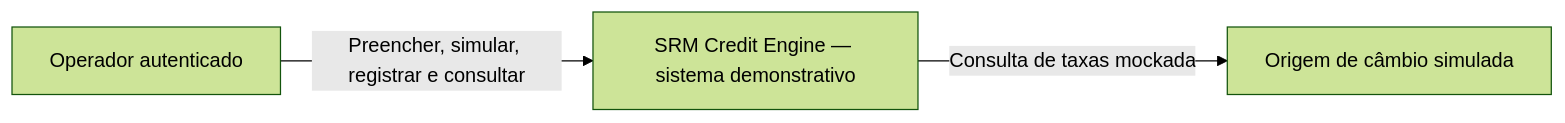
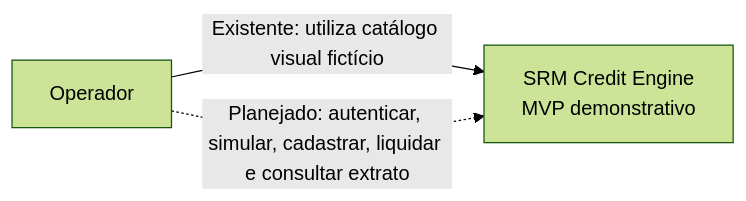
One commit to RobsonSilverioSantos/srm-credit-engine changed the first of 2 diagrams in docs/arquitetura/C4_MVP.md. Above: the diagram before and after it, drawn with Mermaid (forest theme). The commit also changed other lines of this file and 4 other files, not shown here.

````diff
--- a/docs/arquitetura/C4_MVP.md
+++ b/docs/arquitetura/C4_MVP.md
@@ -7,5 +9,7 @@
 ```mermaid
 flowchart LR
-  op[Operador autenticado] -->|Preencher, simular, registrar e consultar| app[SRM Credit Engine — sistema demonstrativo]
-  app -->|Consulta de taxas mockada| fx[Origem de câmbio simulada]
+  op["Operador"]
+  sistema["SRM Credit Engine<br/>MVP demonstrativo"]
+  op -->|"Existente: utiliza catálogo visual fictício"| sistema
+  op -.->|"Planejado: autenticar, simular, cadastrar, liquidar e consultar extrato"| sistema
 ```
````
